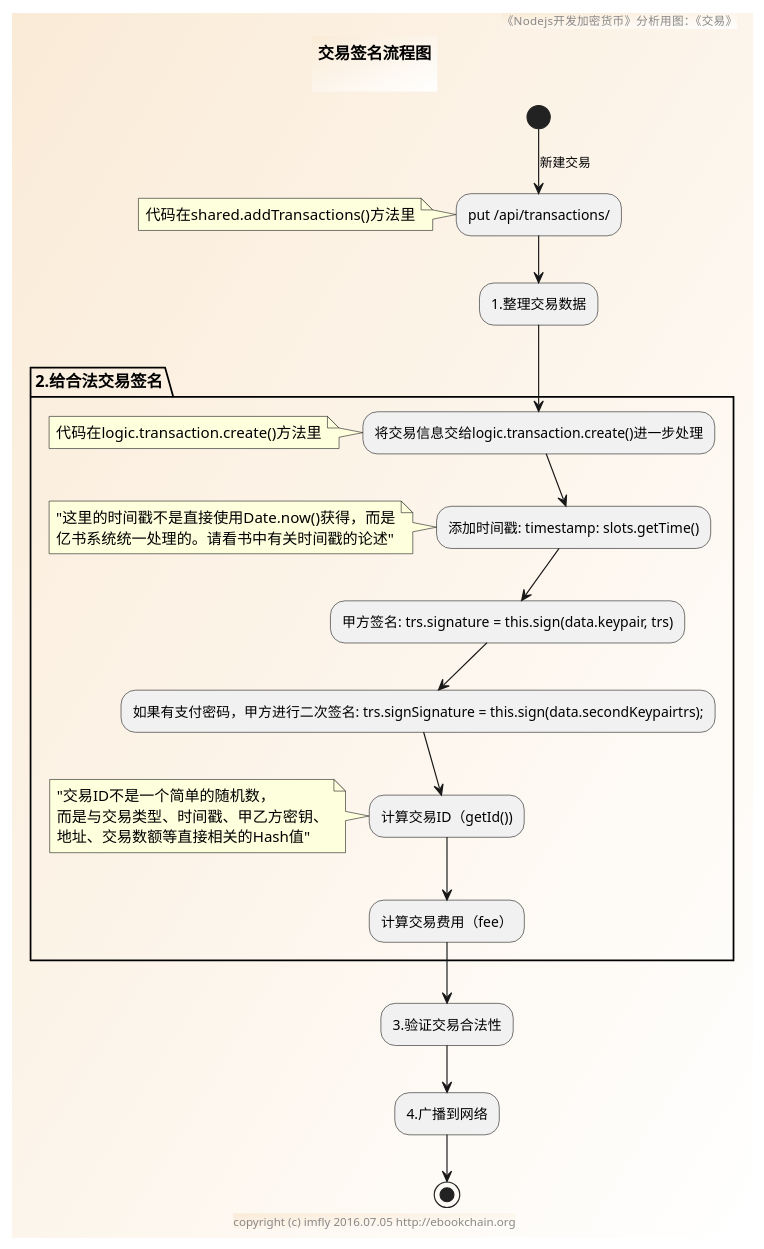
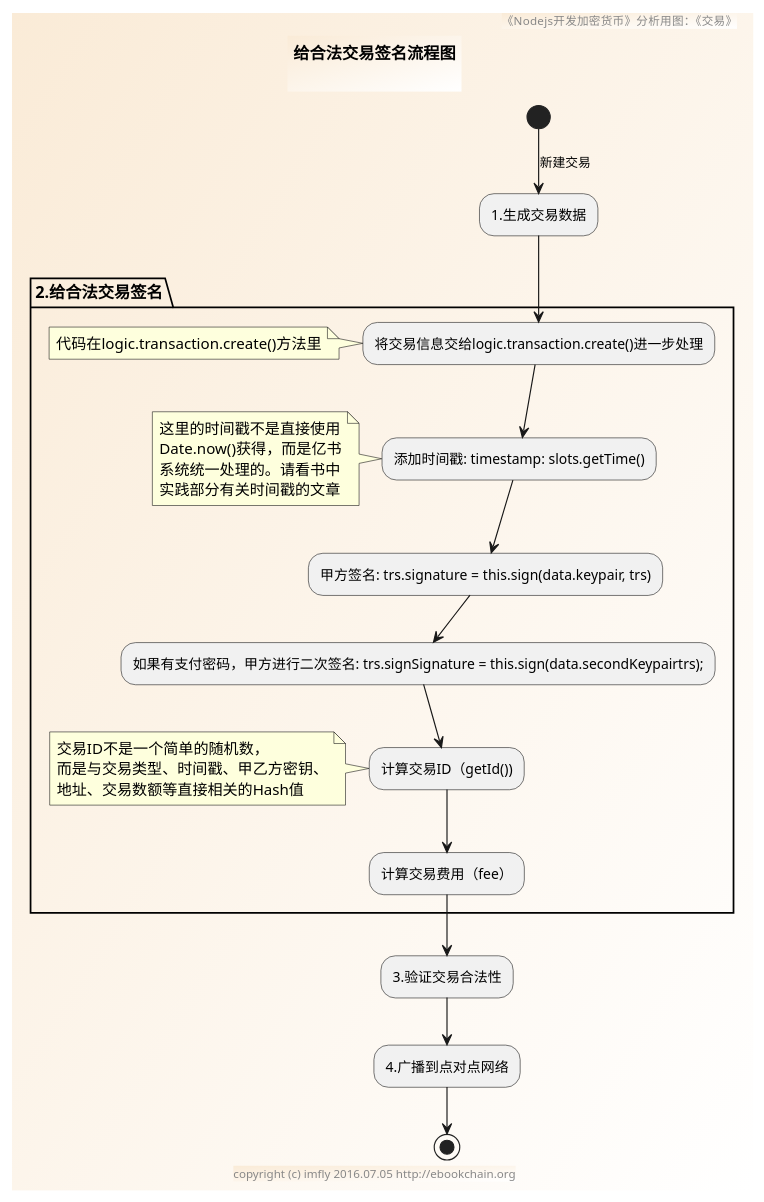
One commit to brightmanforever022/bitcoin-on-nodejs changed the diagram in sources/modules/transactions/signTransaction.pu. Above: the diagram before and after it, drawn with PlantUML. The commit also changed 8 other files, not shown here.

```diff
--- a/sources/modules/transactions/signTransaction.pu
+++ b/sources/modules/transactions/signTransaction.pu
@@ -1,46 +1,45 @@
 @startuml ../../../styles/images/modules/transactions/signTransaction-activity.png
 skinparam BorderColor #blue\9932CC
 skinparam backgroundcolor AntiqueWhite/white
 
 title
-交易签名流程图
+给合法交易签名流程图
 
 end title
 
 footer copyright (c) imfly 2016.07.05 http://ebookchain.org
 header 《Nodejs开发加密货币》分析用图：《交易》
 
 ' shared.addTransactions()代码逻辑
 
-(*)--> [新建交易] "put /api/transactions/" as inputForm
-note left: 代码在shared.addTransactions()方法里
-
---> "1.整理交易数据"
+(*)--> [新建交易] "1.生成交易数据"
 
 ' logic.transaction.create()处理逻辑
 partition "2.给合法交易签名" {
   --> "将交易信息交给logic.transaction.create()进一步处理"
   note left: 代码在logic.transaction.create()方法里
 
   --> "添加时间戳: timestamp: slots.getTime()"
   note left
-  "这里的时间戳不是直接使用Date.now()获得，而是
-  亿书系统统一处理的。请看书中有关时间戳的论述"
+  这里的时间戳不是直接使用
+  Date.now()获得，而是亿书
+  系统统一处理的。请看书中
+  实践部分有关时间戳的文章
   end note
 
   --> "甲方签名: trs.signature = this.sign(data.keypair, trs)"
   --> "如果有支付密码，甲方进行二次签名: trs.signSignature = this.sign(data.secondKeypairtrs);"
   --> "计算交易ID（getId())"
   note left
-  "交易ID不是一个简单的随机数，
+  交易ID不是一个简单的随机数，
   而是与交易类型、时间戳、甲乙方密钥、
-  地址、交易数额等直接相关的Hash值"
+  地址、交易数额等直接相关的Hash值
   end note
   --> "计算交易费用（fee）"
 }
 
 --> "3.验证交易合法性"
---> "4.广播到网络"
+--> "4.广播到点对点网络"
 
 --> (*)
 @enduml
```
